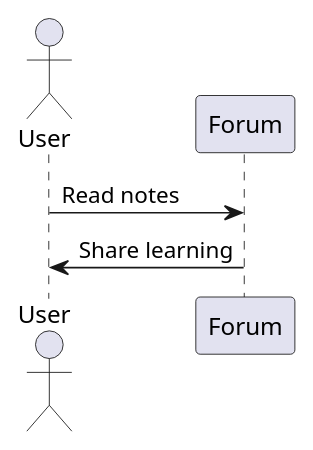
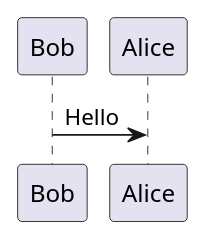
One commit to welldesignedsystem/welldesignedsystem.github.io changed the diagram in content/english/about/_index.md. Above: the diagram before and after it, drawn with PlantUML.

```diff
--- a/content/english/about/_index.md
+++ b/content/english/about/_index.md
@@ -17,9 +17,5 @@
 {{< plantuml >}}
 @startuml
-actor User
-participant Forum
-
-User -> Forum: Read notes
-Forum -> User: Share learning
+Bob->Alice: Hello
 @enduml
 {{< /plantuml >}}
```
